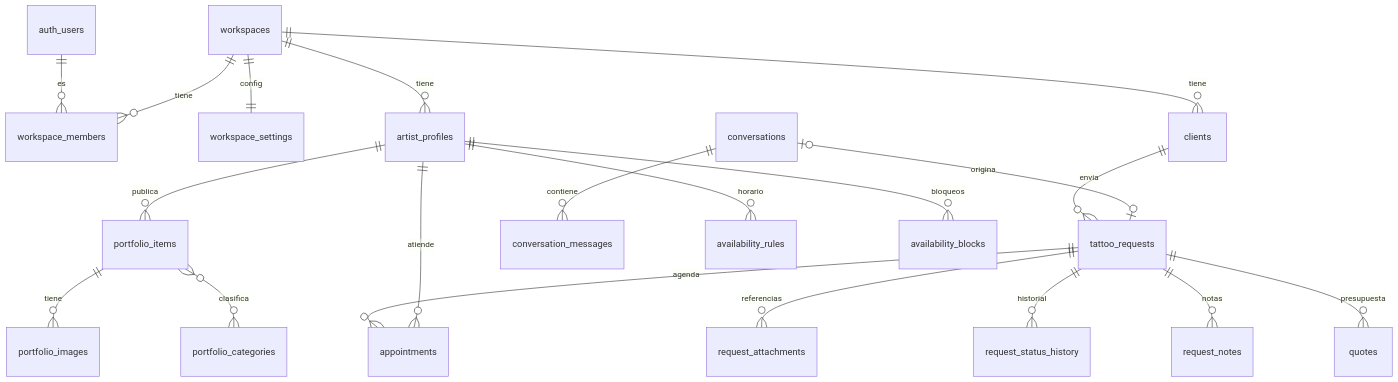
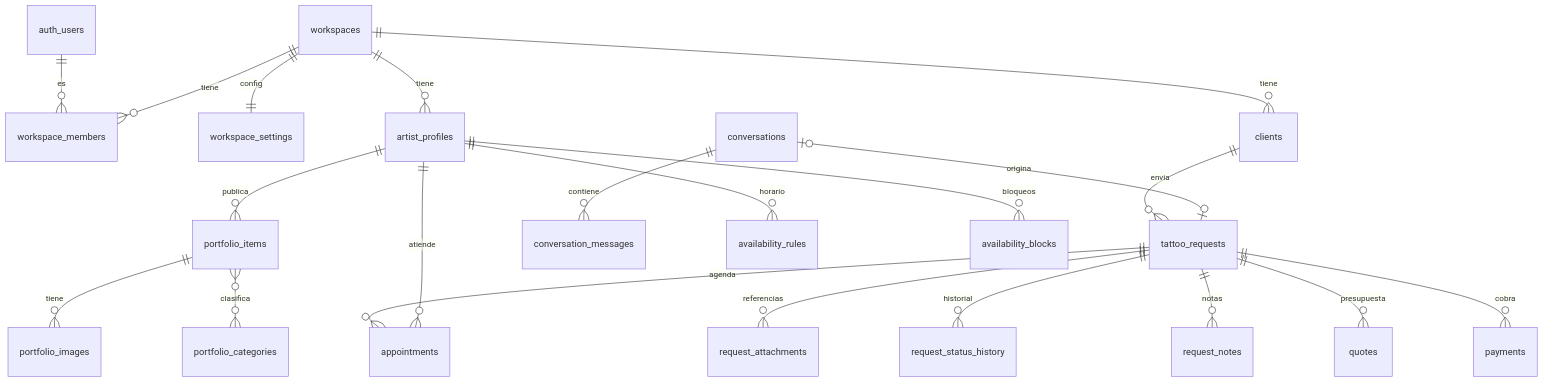
Before and after one commit to zEk4s21/inkflow: the diagram in docs/DATABASE.md, drawn with Mermaid. The commit also changed other lines of this file and 19 other files, not shown here.

````diff
--- a/docs/DATABASE.md
+++ b/docs/DATABASE.md
@@ -21,22 +21,23 @@
 ```mermaid
 erDiagram
   auth_users ||--o{ workspace_members : "es"
   workspaces ||--o{ workspace_members : tiene
   workspaces ||--|| workspace_settings : config
   workspaces ||--o{ artist_profiles : tiene
   artist_profiles ||--o{ portfolio_items : publica
   portfolio_items ||--o{ portfolio_images : tiene
   portfolio_items }o--o{ portfolio_categories : clasifica
   workspaces ||--o{ clients : tiene
   clients ||--o{ tattoo_requests : envia
   conversations ||--o{ conversation_messages : contiene
   conversations |o--o| tattoo_requests : origina
   tattoo_requests ||--o{ request_attachments : referencias
   tattoo_requests ||--o{ request_status_history : historial
   tattoo_requests ||--o{ request_notes : notas
   tattoo_requests ||--o{ appointments : agenda
   tattoo_requests ||--o{ quotes : presupuesta
+  tattoo_requests ||--o{ payments : cobra
   artist_profiles ||--o{ availability_rules : horario
   artist_profiles ||--o{ availability_blocks : bloqueos
   artist_profiles ||--o{ appointments : atiende
 ```
````
